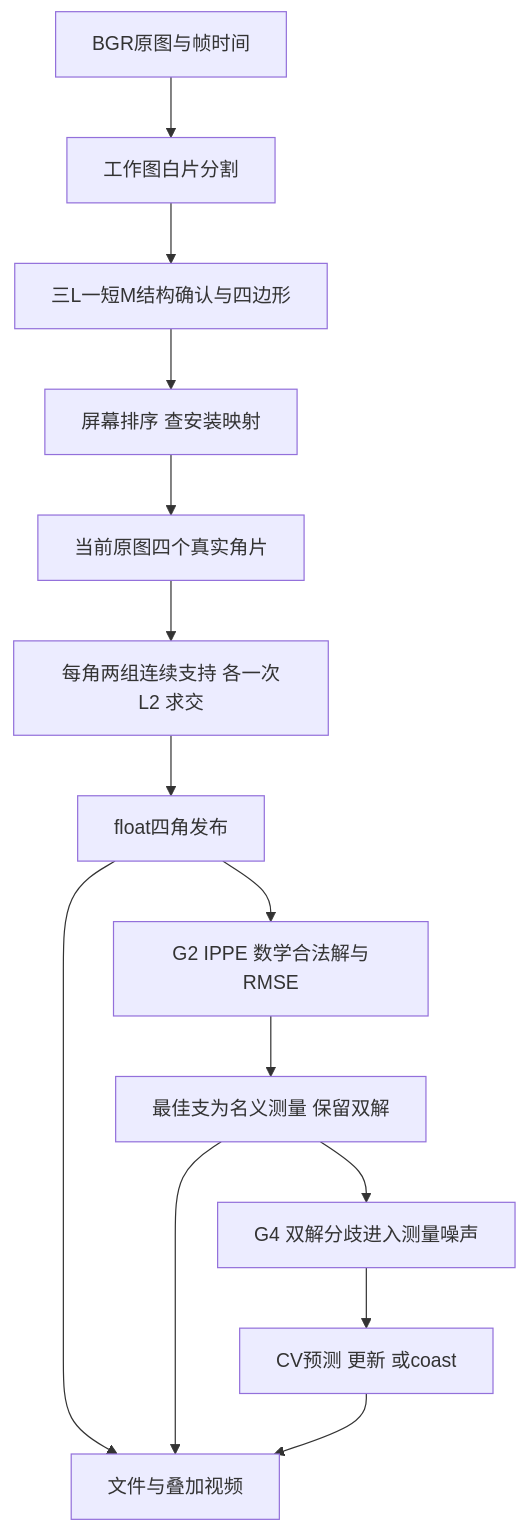
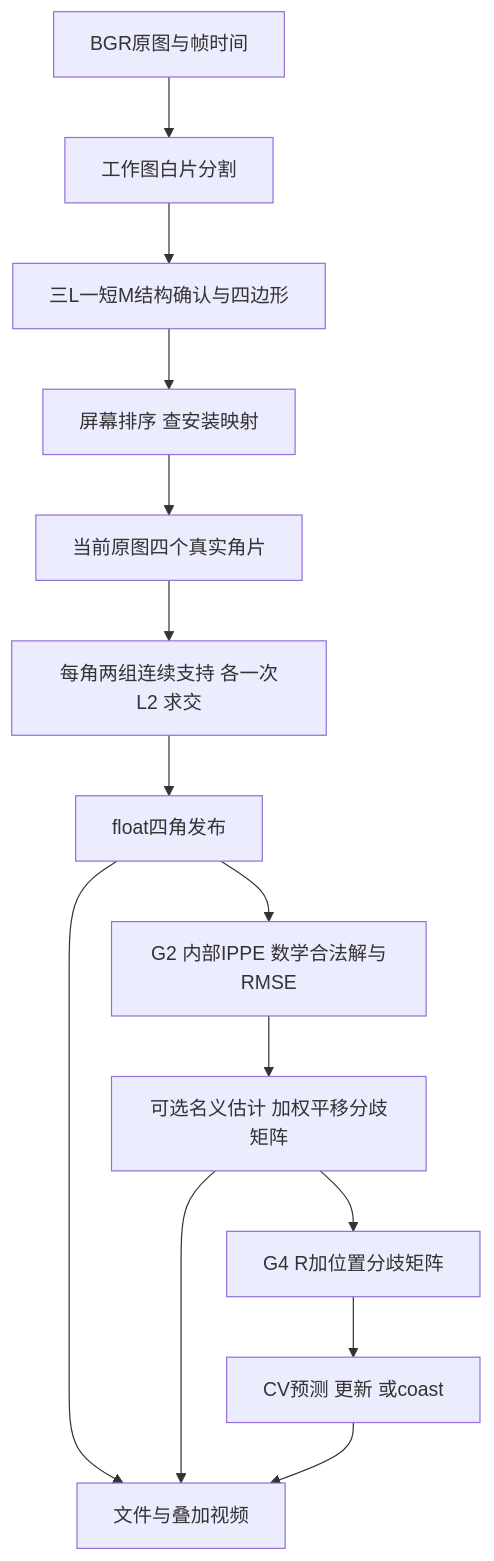
One commit to shenghaotu81-droid/campus-marker-opencv-assignment changed the diagram in src/tushenghao/docs/flow-guide.md. Above: the diagram before and after it, drawn with Mermaid. The commit also changed other lines of this file and 50 other files, not shown here.

````diff
--- a/src/tushenghao/docs/flow-guide.md
+++ b/src/tushenghao/docs/flow-guide.md
@@ -7,16 +7,16 @@
 ```mermaid
 flowchart TD
     A[BGR原图与帧时间] --> B[工作图白片分割]
     B --> C[三L一短M结构确认与四边形]
     C --> D[屏幕排序 查安装映射]
     D --> E[当前原图四个真实角片]
     E --> F[每角两组连续支持 各一次L2 求交]
     F --> G[float四角发布]
-    G --> H[G2 IPPE 数学合法解与RMSE]
-    H --> I[最佳支为名义测量 保留双解]
-    I --> J[G4 双解分歧进入测量噪声]
+    G --> H[G2 内部IPPE 数学合法解与RMSE]
+    H --> I[可选名义估计 加权平移分歧矩阵]
+    I --> J[G4 R加位置分歧矩阵]
     J --> K[CV预测 更新 或coast]
     G --> O[文件与叠加视频]
     I --> O
     K --> O
 ```
````
